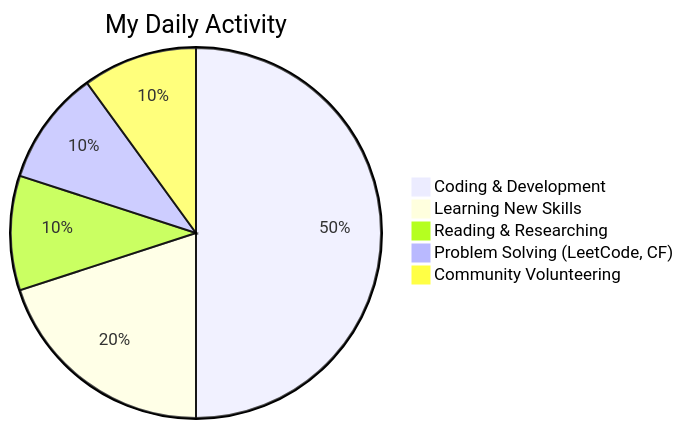
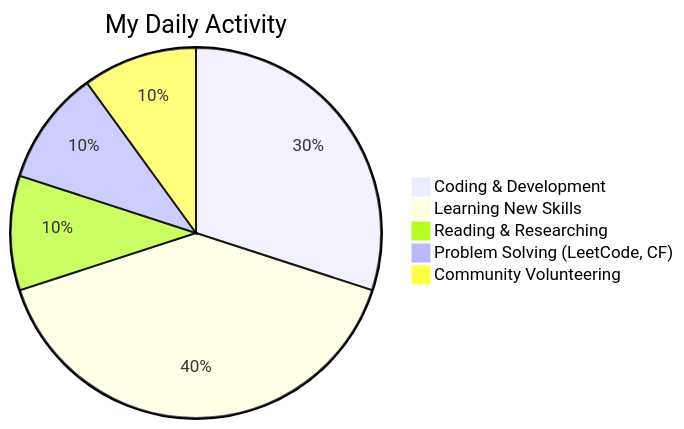
One commit to segnig/segnig changed the diagram in README.md. Above: the diagram before and after it, drawn with Mermaid. The commit also changed other lines of this file, not shown here.

Commit message:
update version 0.0001

````diff
--- a/README.md
+++ b/README.md
@@ -122,9 +122,9 @@
 ```mermaid
 pie
     title My Daily Activity
-    "Coding & Development" : 50
-    "Learning New Skills" : 20
+    "Coding & Development" : 30
+    "Learning New Skills" : 40
     "Reading & Researching" : 10
     "Problem Solving (LeetCode, CF)" : 10
     "Community Volunteering" : 10
 ```
````
